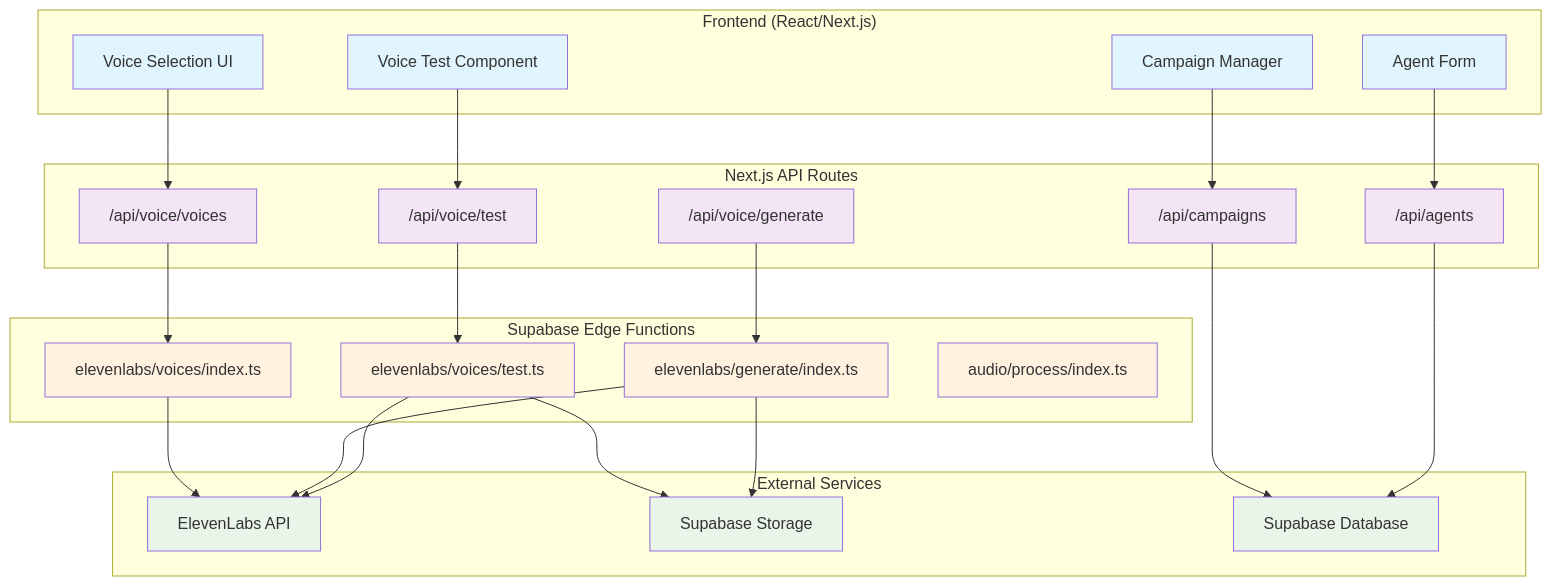
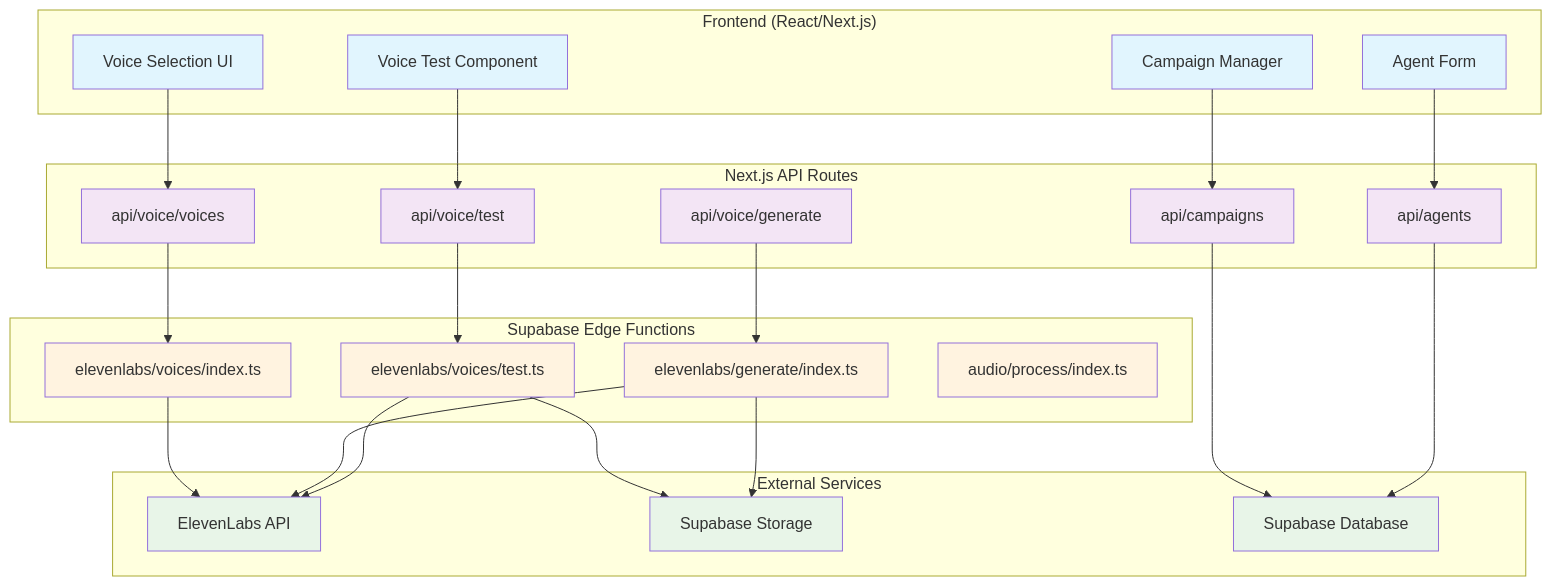
The first of 2 diagrams in docs/elevenlabs-integration-plan.md (callhenk/henk), drawn with Mermaid before and after one commit. The commit also changed other lines of this file and 1 other file, not shown here.

Commit message:
Update ElevenLabs integration documentation to reflect API route changes and simplified architecture
- Revised API route references in diagrams and sequence flows to remove leading slashes for consistency.
- Enhanced flow diagrams for voice testing, generation, and listing to clarify interactions with the ElevenLabs API.
- Updated implementation details and architecture benefits to align with the streamlined system design.
- Adjusted the timeline and next steps to reflect the new integration plan and deployment strategy.

````diff
--- a/docs/elevenlabs-integration-plan.md
+++ b/docs/elevenlabs-integration-plan.md
@@ -9,65 +9,65 @@
 ```mermaid
 graph TB
     %% Frontend Components
     subgraph "Frontend (React/Next.js)"
         A[Voice Test Component]
         B[Agent Form]
         C[Campaign Manager]
         D[Voice Selection UI]
     end
 
     %% Next.js API Routes
     subgraph "Next.js API Routes"
-        E["/api/voice/test"]
-        F["/api/voice/generate"]
-        G["/api/voice/voices"]
-        H["/api/agents"]
-        I["/api/campaigns"]
+            E[api/voice/test]
+    F[api/voice/generate]
+    G[api/voice/voices]
+    H[api/agents]
+    I[api/campaigns]
     end
 
     %% Supabase Edge Functions
     subgraph "Supabase Edge Functions"
         J[elevenlabs/voices/index.ts]
         K[elevenlabs/generate/index.ts]
         L[elevenlabs/voices/test.ts]
         M[audio/process/index.ts]
     end
 
     %% External Services
     subgraph "External Services"
         N[ElevenLabs API]
         O[Supabase Storage]
         P[Supabase Database]
     end
 
     %% Data Flow
     A --> E
     B --> H
     C --> I
     D --> G
 
     E --> L
     F --> K
     G --> J
 
     L --> N
     K --> N
     J --> N
 
     K --> O
     L --> O
 
     H --> P
     I --> P
 
     %% Styling
     classDef frontend fill:#e1f5fe
     classDef api fill:#f3e5f5
     classDef edge fill:#fff3e0
     classDef external fill:#e8f5e8
 
     class A,B,C,D frontend
     class E,F,G,H,I api
     class J,K,L,M edge
     class N,O,P external
 ```
````
